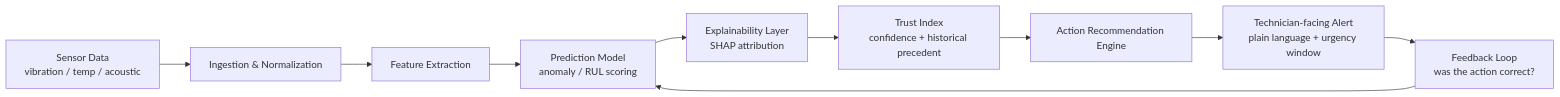
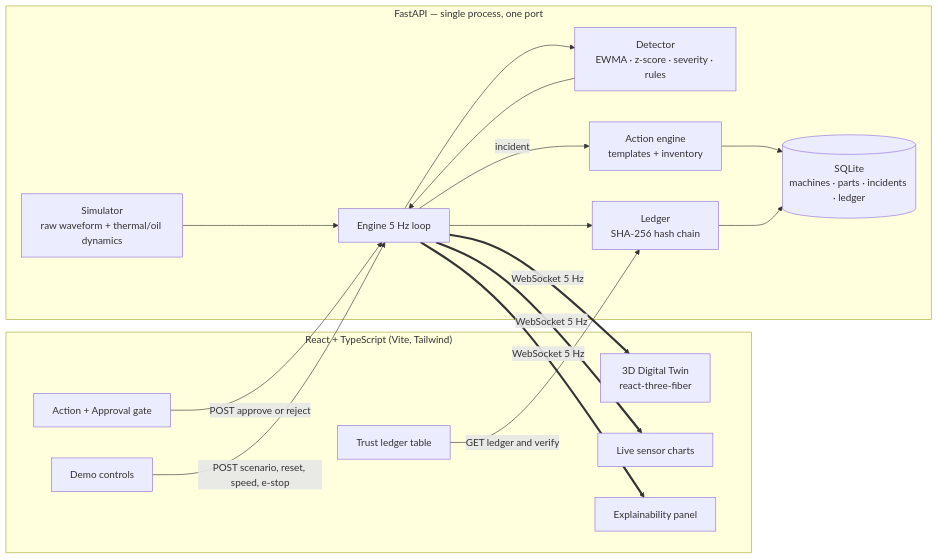
One commit to mehwishafsa/RAKSHAK_AI changed the diagram in README.md. Above: the diagram before and after it, drawn with Mermaid. The commit also changed other lines of this file and 11 other files, not shown here.

First line of the commit message:
Docs: README with architecture, one-command setup, 3-minute demo script, built-vs-next; update FAQ/TechStack/Roadmap; prototype screenshots

````diff
--- a/README.md
+++ b/README.md
@@ -52,12 +69,26 @@
 ```mermaid
 flowchart LR
-    A[Sensor Data<br/>vibration / temp / acoustic] --> B[Ingestion & Normalization]
-    B --> C[Feature Extraction]
-    C --> D[Prediction Model<br/>anomaly / RUL scoring]
-    D --> E[Explainability Layer<br/>SHAP attribution]
-    E --> F[Trust Index<br/>confidence + historical precedent]
-    F --> G[Action Recommendation Engine]
-    G --> H[Technician-facing Alert<br/>plain language + urgency window]
-    H --> I[Feedback Loop<br/>was the action correct?]
-    I --> D
+  subgraph Browser["React + TypeScript (Vite, Tailwind)"]
+    T[3D Digital Twin<br/>react-three-fiber]
+    C[Live sensor charts]
+    X[Explainability panel]
+    A[Action + Approval gate]
+    L[Trust ledger table]
+    D[Demo controls]
+  end
+  subgraph Server["FastAPI — single process, one port"]
+    E[Engine 5 Hz loop]
+    S[Simulator<br/>raw waveform + thermal/oil dynamics]
+    DET[Detector<br/>EWMA · z-score · severity · rules]
+    ACT[Action engine<br/>templates + inventory]
+    LED[Ledger<br/>SHA-256 hash chain]
+    DB[(SQLite<br/>machines · parts · incidents · ledger)]
+  end
+  S --> E --> DET --> E
+  E -->|incident| ACT --> DB
+  E --> LED --> DB
+  E ==>|WebSocket 5 Hz| T & C & X
+  A -->|POST approve or reject| E
+  D -->|POST scenario, reset, speed, e-stop| E
+  L -->|GET ledger and verify| LED
 ```
````
